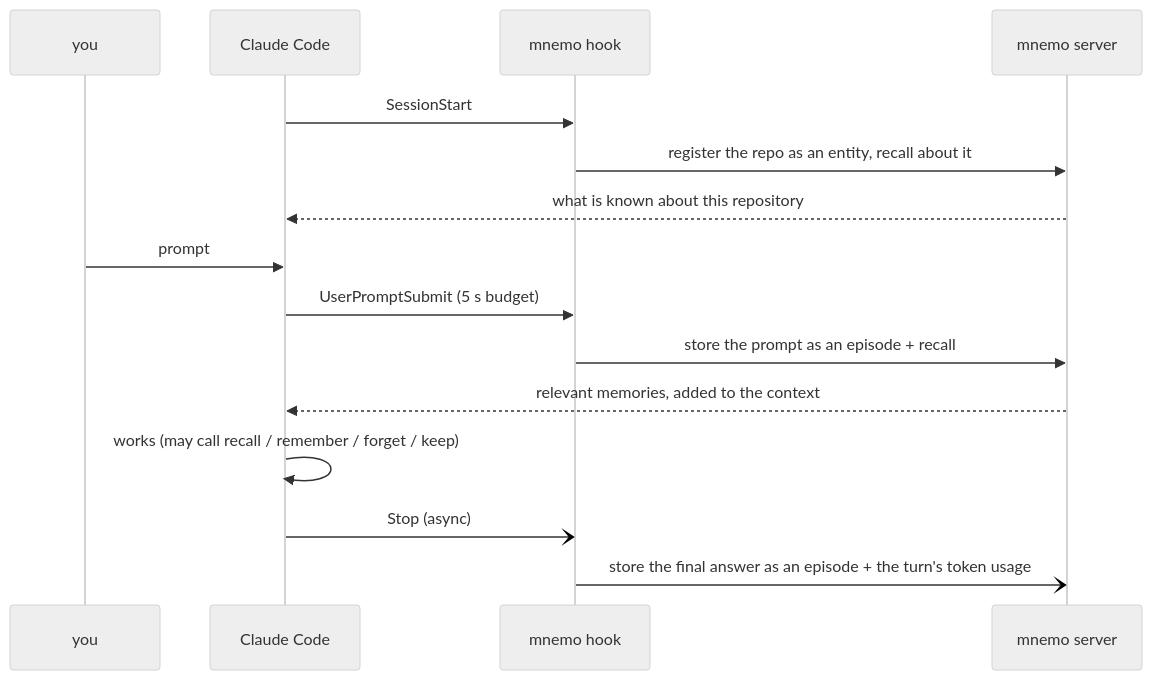
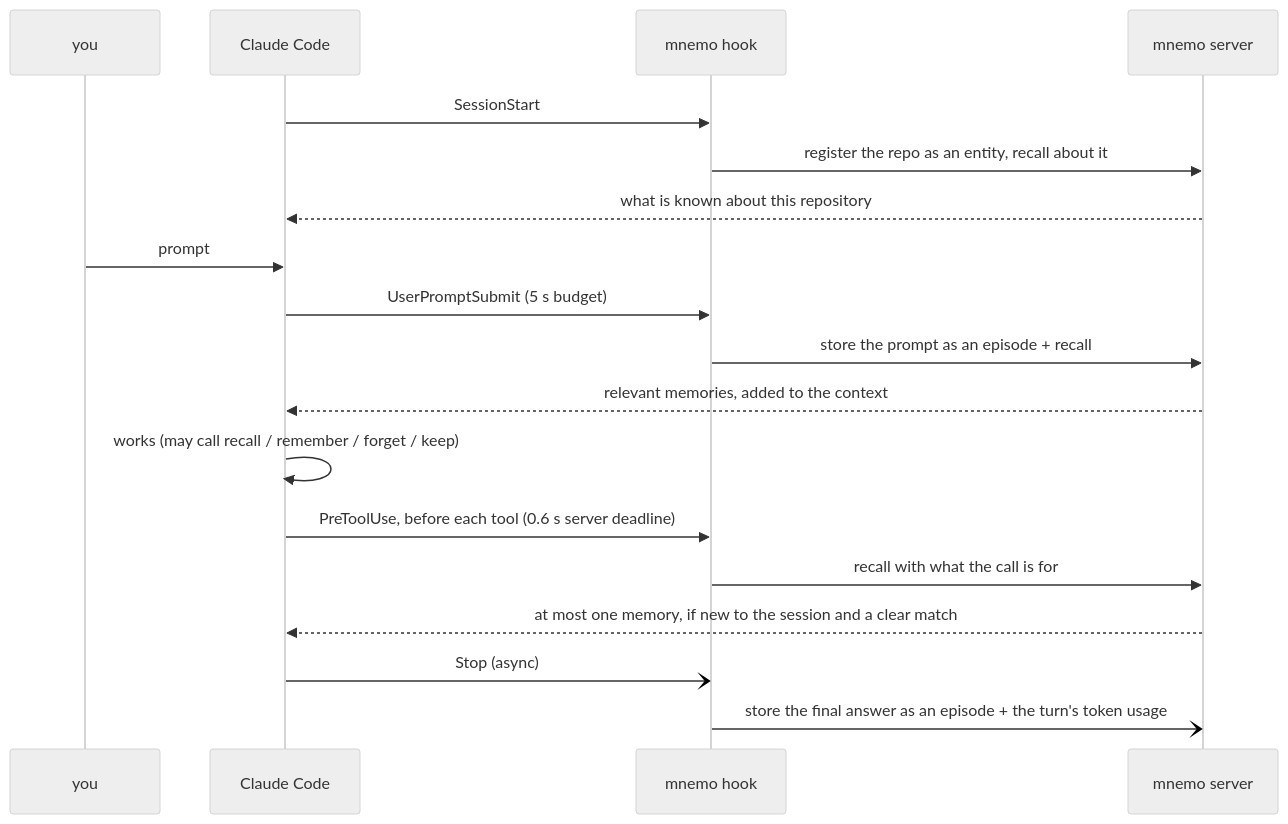
One commit to mariojcr/mnemo changed the second of 3 diagrams in docs/clients.md. Above: the diagram before and after it, drawn with Mermaid (neutral theme). The commit also changed other lines of this file and 13 other files, not shown here.

````diff
--- a/docs/clients.md
+++ b/docs/clients.md
@@ -41,18 +41,21 @@
 ```mermaid
 sequenceDiagram
     participant U as you
     participant CC as Claude Code
     participant H as mnemo hook
     participant M as mnemo server
 
     CC->>H: SessionStart
     H->>M: register the repo as an entity, recall about it
     M-->>CC: what is known about this repository
     U->>CC: prompt
     CC->>H: UserPromptSubmit (5 s budget)
     H->>M: store the prompt as an episode + recall
     M-->>CC: relevant memories, added to the context
     CC->>CC: works (may call recall / remember / forget / keep)
+    CC->>H: PreToolUse, before each tool (0.6 s server deadline)
+    H->>M: recall with what the call is for
+    M-->>CC: at most one memory, if new to the session and a clear match
     CC-)H: Stop (async)
     H-)M: store the final answer as an episode + the turn's token usage
 ```
````
